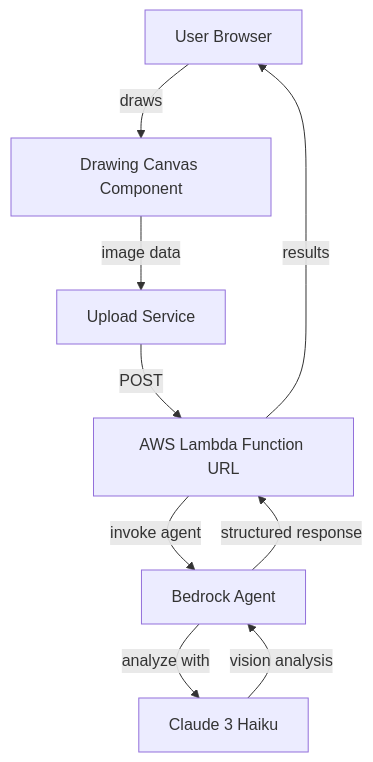
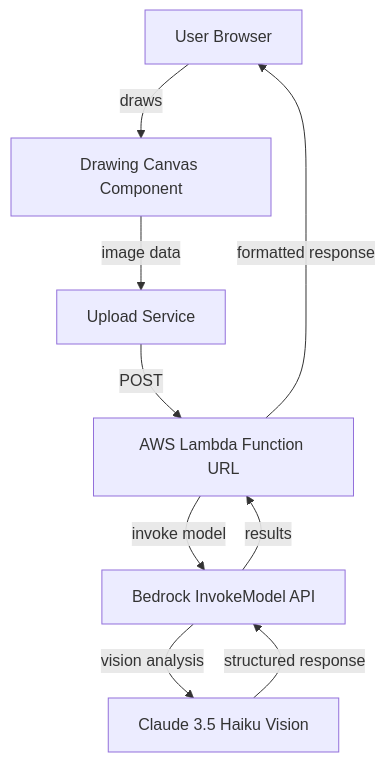
One commit to WayneGreeley/pokemon-drawing-game changed the diagram in .kiro/specs/pokemon-drawing-game/design.md. Above: the diagram before and after it, drawn with Mermaid. The commit also changed other lines of this file and 8 other files, not shown here.

First line of the commit message:
Architecture pivot: Replace Bedrock Agent with InvokeModel API

````diff
--- a/.kiro/specs/pokemon-drawing-game/design.md
+++ b/.kiro/specs/pokemon-drawing-game/design.md
@@ -16,18 +16,18 @@
 ```mermaid
 graph TB
     User[User Browser]
     Canvas[Drawing Canvas Component]
     Upload[Upload Service]
     Lambda[AWS Lambda Function URL]
-    Agent[Bedrock Agent]
-    Model[Claude 3 Haiku]
+    Bedrock[Bedrock InvokeModel API]
+    Model[Claude 3.5 Haiku Vision]
     
     User -->|draws| Canvas
     Canvas -->|image data| Upload
     Upload -->|POST| Lambda
-    Lambda -->|invoke agent| Agent
-    Agent -->|analyze with| Model
-    Model -->|vision analysis| Agent
-    Agent -->|structured response| Lambda
-    Lambda -->|results| User
+    Lambda -->|invoke model| Bedrock
+    Bedrock -->|vision analysis| Model
+    Model -->|structured response| Bedrock
+    Bedrock -->|results| Lambda
+    Lambda -->|formatted response| User
 ```
````
